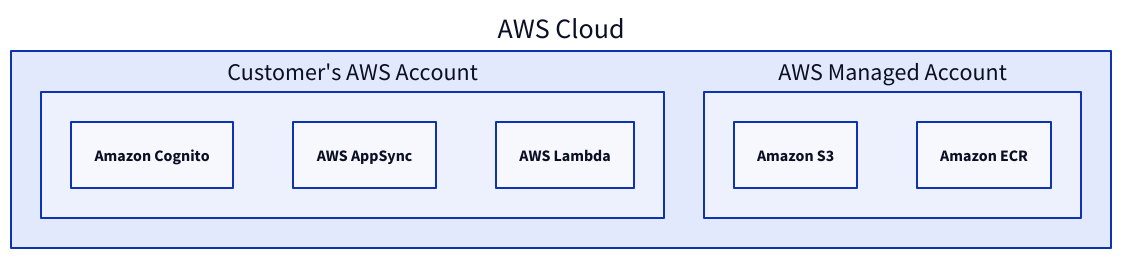
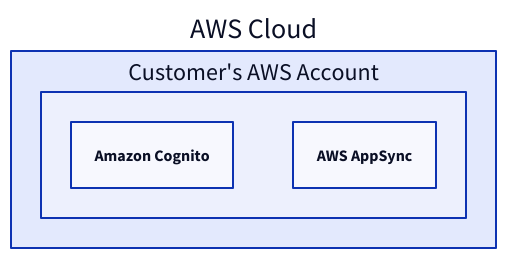
Before and after one commit to fif911/mcp_excalidraw: the first of 8 diagrams in skills/excalidraw-diagramming/SKILL.md, drawn with D2. The commit also changed other lines of this file and 1 other file, not shown here.

````diff
--- a/skills/excalidraw-diagramming/SKILL.md
+++ b/skills/excalidraw-diagramming/SKILL.md
@@ -19,13 +18,8 @@
 ```d2
 aws_cloud: AWS Cloud {
   customer_account: Customer's AWS Account {
     cognito: Amazon Cognito
     appsync: AWS AppSync
-    lambda: AWS Lambda
-  }
-  managed_account: AWS Managed Account {
-    s3: Amazon S3
-    ecr: Amazon ECR
   }
 }
 ```
````
